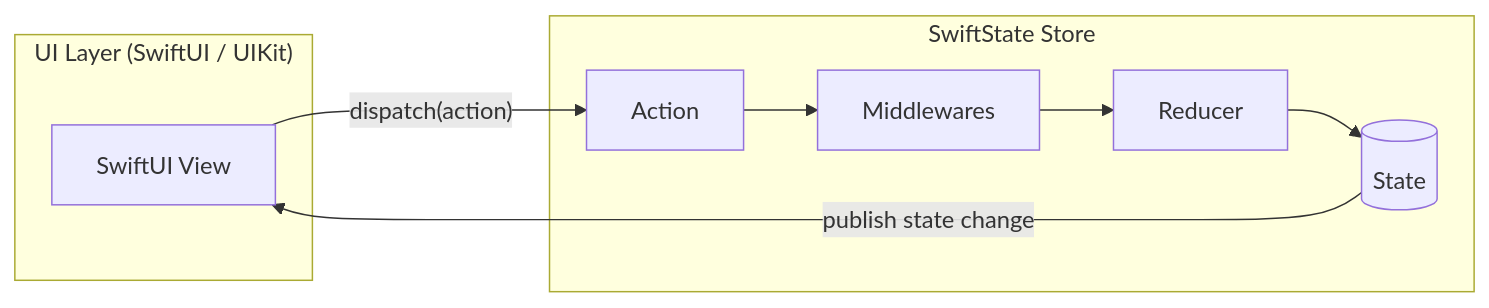
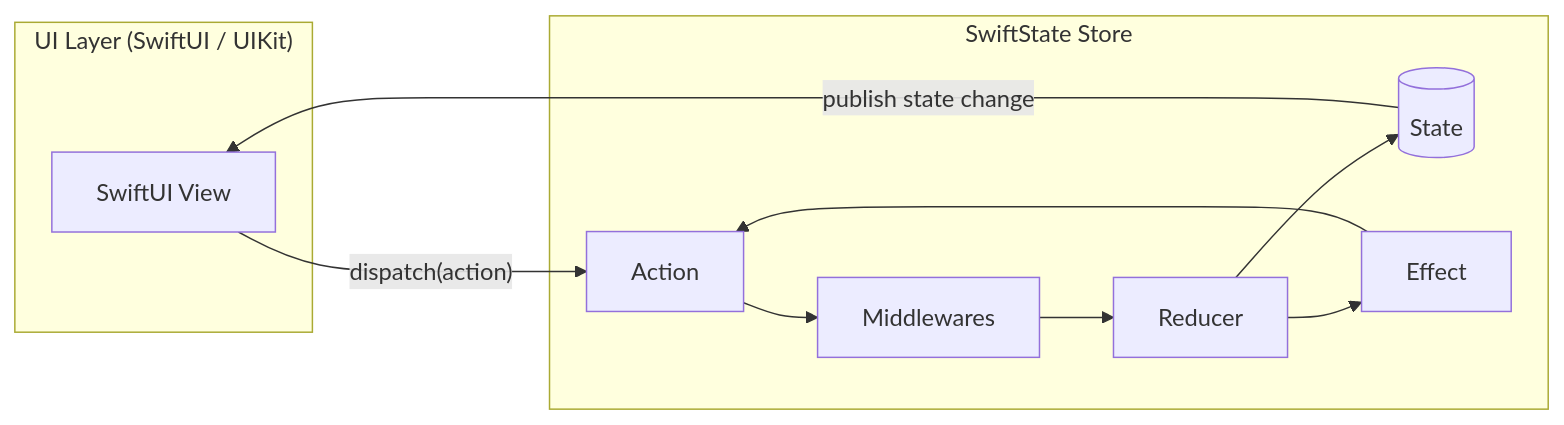
One commit to ChiefVenzox/SwiftState changed the diagram in README.md. Above: the diagram before and after it, drawn with Mermaid. The commit also changed other lines of this file and 5 other files, not shown here.

````diff
--- a/README.md
+++ b/README.md
@@ -26,15 +27,17 @@
 ```mermaid
 flowchart LR
     subgraph View ["UI Layer (SwiftUI / UIKit)"]
         V[SwiftUI View]
     end
 
     subgraph StoreLayer ["SwiftState Store"]
         A[Action] --> M[Middlewares]
         M --> R[Reducer]
         R --> S[(State)]
+        R --> E[Effect]
+        E --> A
     end
 
     V -- "dispatch(action)" --> A
     S -- "publish state change" --> V
 ```
````
